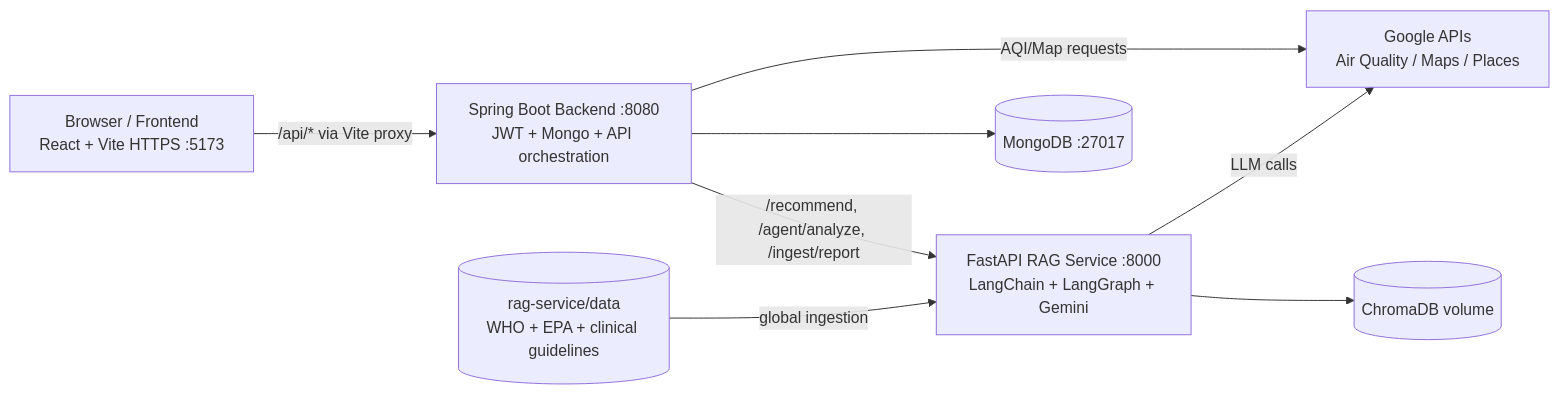
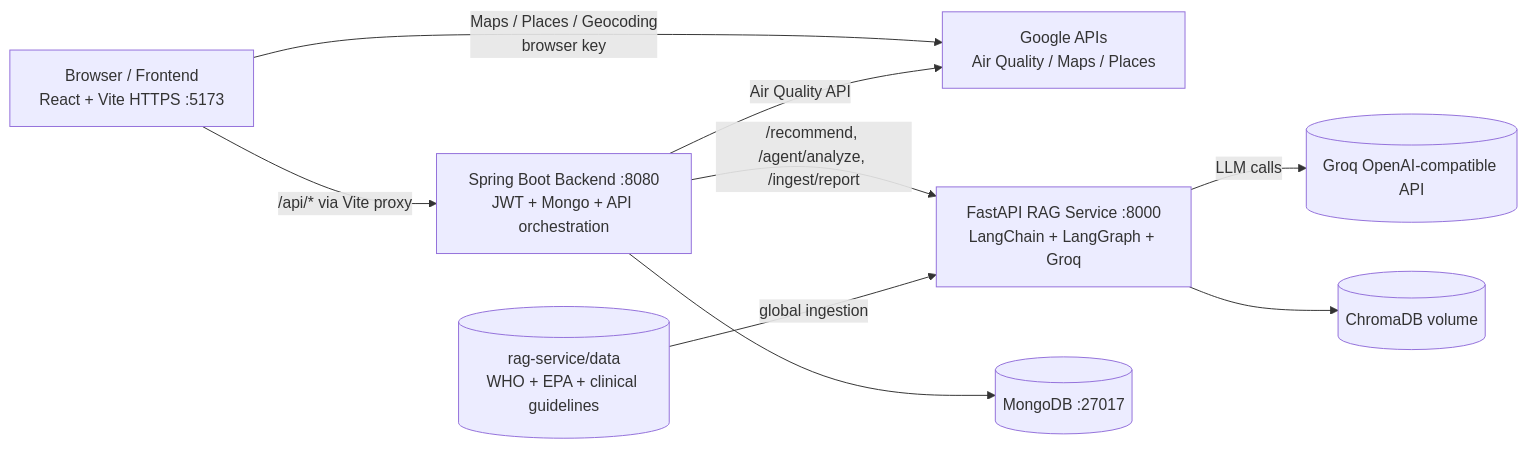
The diagram in README.md (Sree-45/BreatheSmart), drawn with Mermaid before and after one commit. The commit also changed other lines of this file and 59 other files, not shown here.

````diff
--- a/README.md
+++ b/README.md
@@ -31,18 +42,19 @@
 ```mermaid
 flowchart LR
      U[Browser / Frontend\nReact + Vite HTTPS :5173]
      B[Spring Boot Backend :8080\nJWT + Mongo + API orchestration]
      G[Google APIs\nAir Quality / Maps / Places]
-     R[FastAPI RAG Service :8000\nLangChain + LangGraph + Gemini]
+     R[FastAPI RAG Service :8000\nLangChain + LangGraph + Groq]
      M[(MongoDB :27017)]
      C[(ChromaDB volume)]
      D[(rag-service/data\nWHO + EPA + clinical guidelines)]
 
      U -->|/api/* via Vite proxy| B
+     U -->|Maps / Places / Geocoding\nbrowser key| G
      B --> M
-     B -->|AQI/Map requests| G
+     B -->|Air Quality API| G
      B -->|/recommend, /agent/analyze, /ingest/report| R
-     R -->|LLM calls| G
+     R -->|LLM calls| Groq[(Groq OpenAI-compatible API)]
      R --> C
      D -->|global ingestion| R
 ```
````
